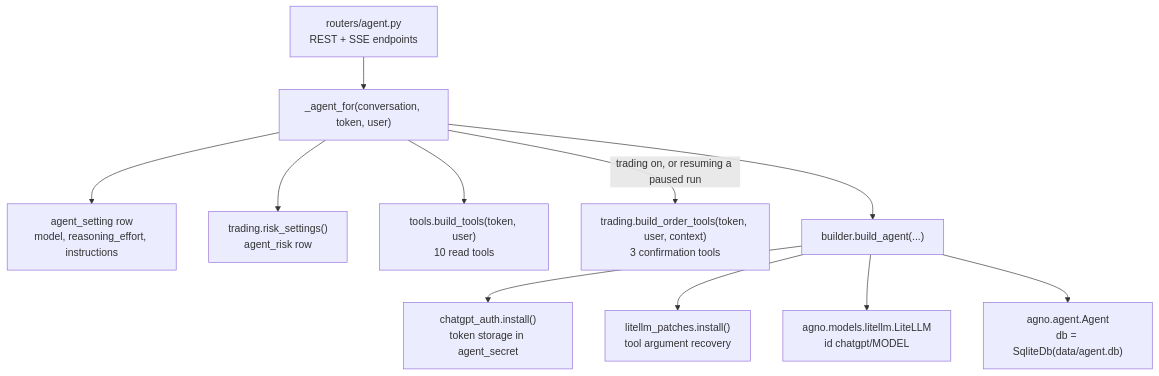
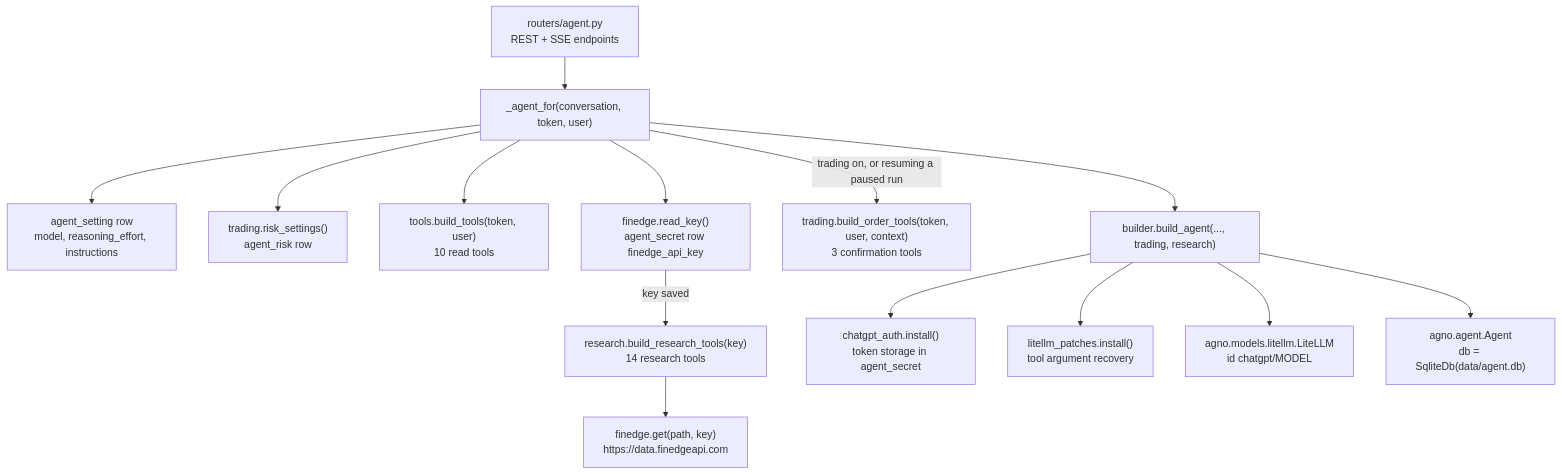
One commit to marketcalls/smarttrader changed the diagram in docs/design/agent.md. Above: the diagram before and after it, drawn with Mermaid. The commit also changed other lines of this file and 26 other files, not shown here.

First line of the commit message:
Add FinEdge fundamental research tools to the agent

````diff
--- a/docs/design/agent.md
+++ b/docs/design/agent.md
@@ -10,13 +11,16 @@
 ```mermaid
 flowchart TD
     R["routers/agent.py<br/>REST + SSE endpoints"] --> AF["_agent_for(conversation, token, user)"]
     AF --> S["agent_setting row<br/>model, reasoning_effort, instructions"]
     AF --> RK["trading.risk_settings()<br/>agent_risk row"]
     AF --> T1["tools.build_tools(token, user)<br/>10 read tools"]
+    AF --> FK["finedge.read_key()<br/>agent_secret row finedge_api_key"]
+    FK -- "key saved" --> T3["research.build_research_tools(key)<br/>14 research tools"]
     AF -- "trading on, or resuming a paused run" --> T2["trading.build_order_tools(token, user, context)<br/>3 confirmation tools"]
-    AF --> B["builder.build_agent(...)"]
+    AF --> B["builder.build_agent(..., trading, research)"]
     B --> P1["chatgpt_auth.install()<br/>token storage in agent_secret"]
     B --> P2["litellm_patches.install()<br/>tool argument recovery"]
     B --> M["agno.models.litellm.LiteLLM<br/>id chatgpt/MODEL"]
     B --> A["agno.agent.Agent<br/>db = SqliteDb(data/agent.db)"]
+    T3 --> FE["finedge.get(path, key)<br/>https://data.finedgeapi.com"]
 ```
````
